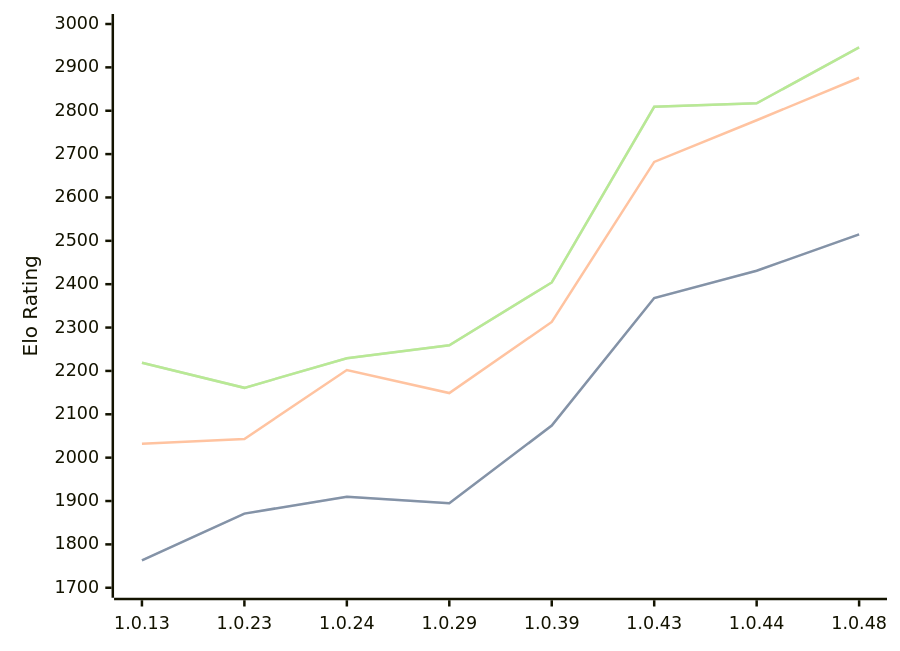
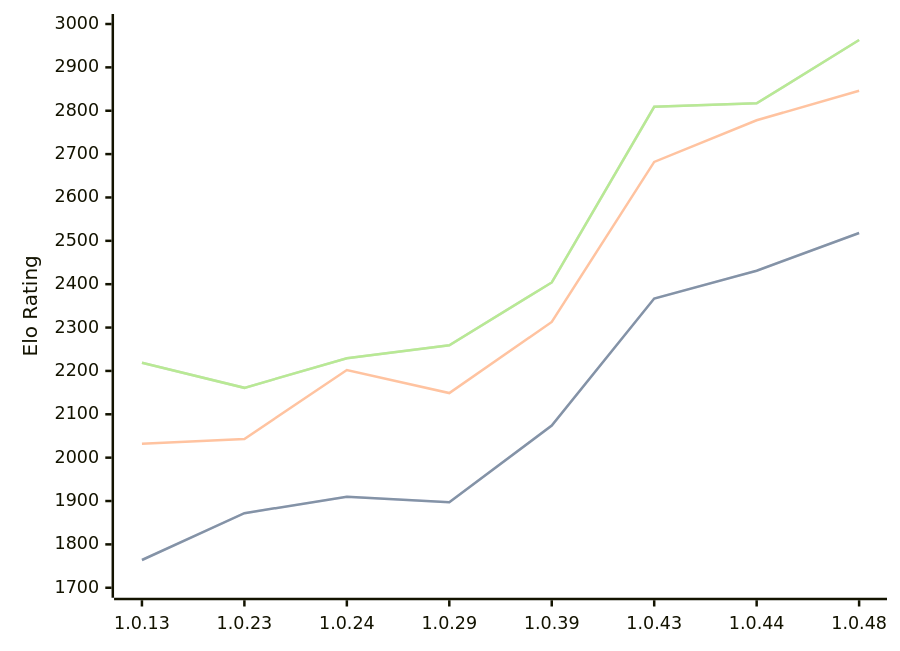
The diagram in engines/RustyRival.md (computer-chess-index/cci), drawn with Mermaid before and after one commit. The commit also changed other lines of this file, not shown here.

Commit message:
Update CCI Ratings (ELO VLTC) - 2026-08-01

````diff
--- a/engines/RustyRival.md
+++ b/engines/RustyRival.md
@@ -73,11 +73,11 @@
 ```mermaid
 %%{init: {"theme":"base","themeVariables":{"seriesColors:['#a3a3a3','#222221','#faa371']}}}%%
 xychart-beta
   x-axis ["1.0.13", "1.0.23", "1.0.24", "1.0.29", "1.0.39", "1.0.43", "1.0.44", "1.0.48"]
   y-axis "Elo Rating" 1700 --> 3000
-  line "STC (8.0+0.08s)" [1763, 1871, 1910, 1895, 2074, 2368, 2431, 2515]
-  line "STC (8.0+0.08s)" [1763, 1871, 1910, 1895, 2074, 2368, 2431, 2515]
-  line "LTC (60.0+0.60s)" [2032, 2043, 2202, 2149, 2313, 2682, 2778, 2876]
-  line "VLTC (2m24s+1.12s)" [2219, 2161, 2229, 2259, 2404, 2809, 2817, 2946]
-  line "VLTC (2m24s+1.12s)" [2219, 2161, 2229, 2259, 2404, 2809, 2817, 2946]
+  line "STC (8.0+0.08s)" [1764, 1872, 1910, 1897, 2074, 2367, 2431, 2518]
+  line "STC (8.0+0.08s)" [1764, 1872, 1910, 1897, 2074, 2367, 2431, 2518]
+  line "LTC (60.0+0.60s)" [2032, 2043, 2202, 2149, 2313, 2682, 2778, 2846]
+  line "VLTC (2m24s+1.12s)" [2219, 2161, 2229, 2259, 2404, 2809, 2817, 2963]
+  line "VLTC (2m24s+1.12s)" [2219, 2161, 2229, 2259, 2404, 2809, 2817, 2963]
 ```
````
